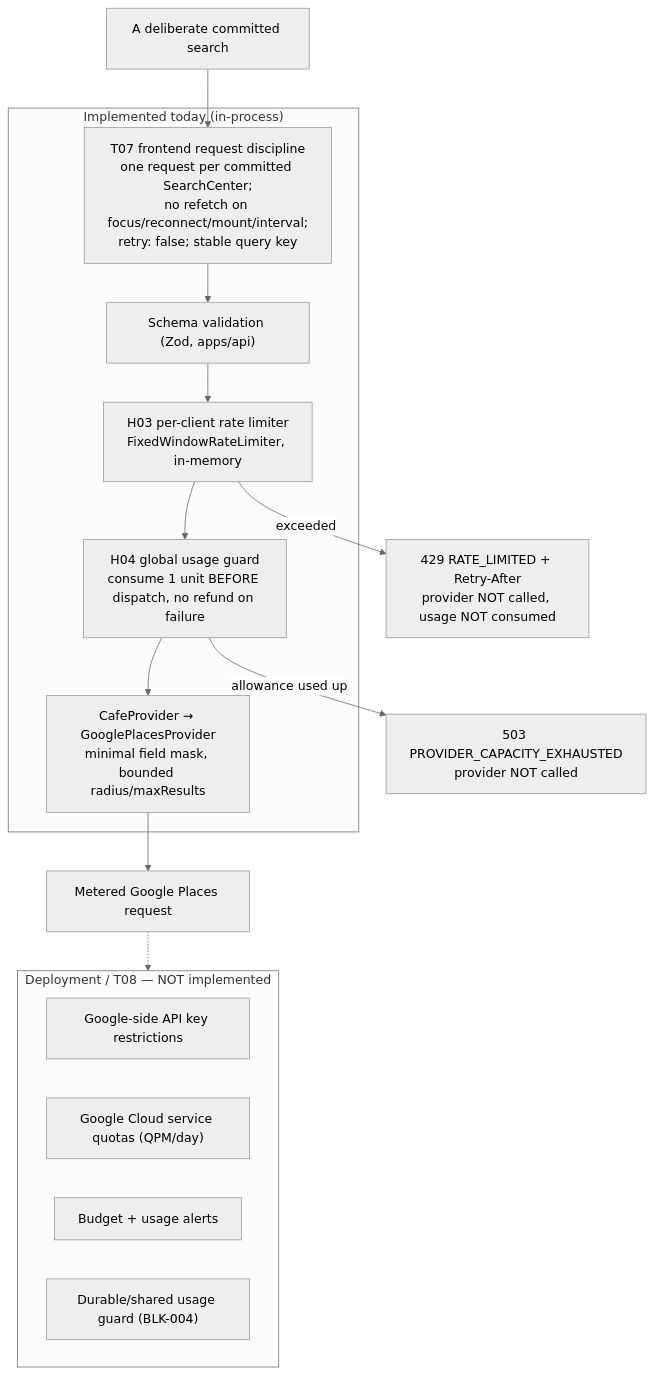
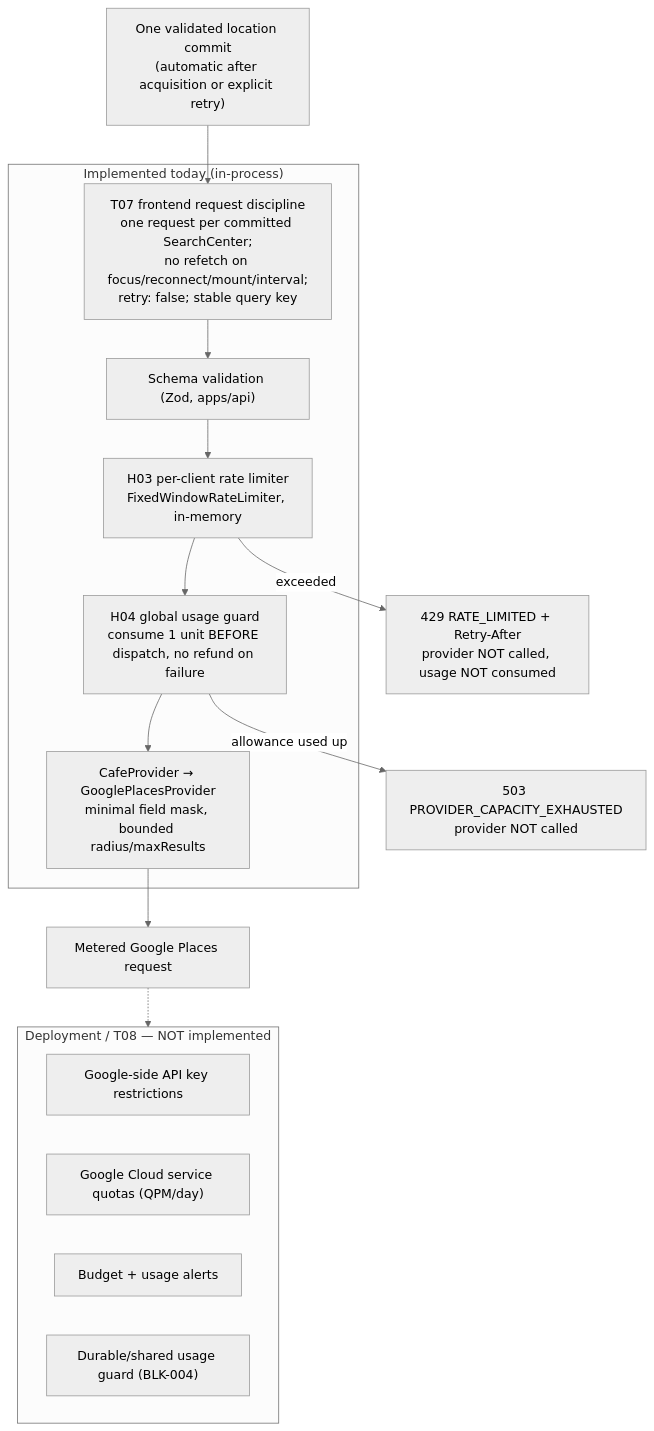
Before and after one commit to park-anju/bean-stalker: the sixth of 7 diagrams in docs/05_ARCHITECTURE/System Architecture.md, drawn with Mermaid (neutral theme). The commit also changed other lines of this file and 91 other files, not shown here.

Commit message:
feat: establish Android app and native location flow

````diff
--- a/docs/05_ARCHITECTURE/System Architecture.md
+++ b/docs/05_ARCHITECTURE/System Architecture.md
@@ -451,26 +459,26 @@
 ```mermaid
 flowchart TD
-  s0["A deliberate committed search"] --> s1
+  s0["One validated location commit<br/>(automatic after acquisition or explicit retry)"] --> s1
 
   subgraph implemented["Implemented today (in-process)"]
     s1["T07 frontend request discipline<br/>one request per committed SearchCenter;<br/>no refetch on focus/reconnect/mount/interval;<br/>retry: false; stable query key"]
     s2["Schema validation (Zod, apps/api)"]
     s3["H03 per-client rate limiter<br/>FixedWindowRateLimiter, in-memory"]
     s4["H04 global usage guard<br/>consume 1 unit BEFORE dispatch, no refund on failure"]
     s5["CafeProvider → GooglePlacesProvider<br/>minimal field mask, bounded radius/maxResults"]
     s1 --> s2 --> s3 --> s4 --> s5
   end
 
   s5 --> meter["Metered Google Places request"]
 
   subgraph future["Deployment / T08 — NOT implemented"]
     g1["Google-side API key restrictions"]
     g2["Google Cloud service quotas (QPM/day)"]
     g3["Budget + usage alerts"]
     g4["Durable/shared usage guard (BLK-004)"]
   end
   meter -.-> future
 
   s3 -->|"exceeded"| r429["429 RATE_LIMITED + Retry-After<br/>provider NOT called, usage NOT consumed"]
   s4 -->|"allowance used up"| r503["503 PROVIDER_CAPACITY_EXHAUSTED<br/>provider NOT called"]
 ```
````
